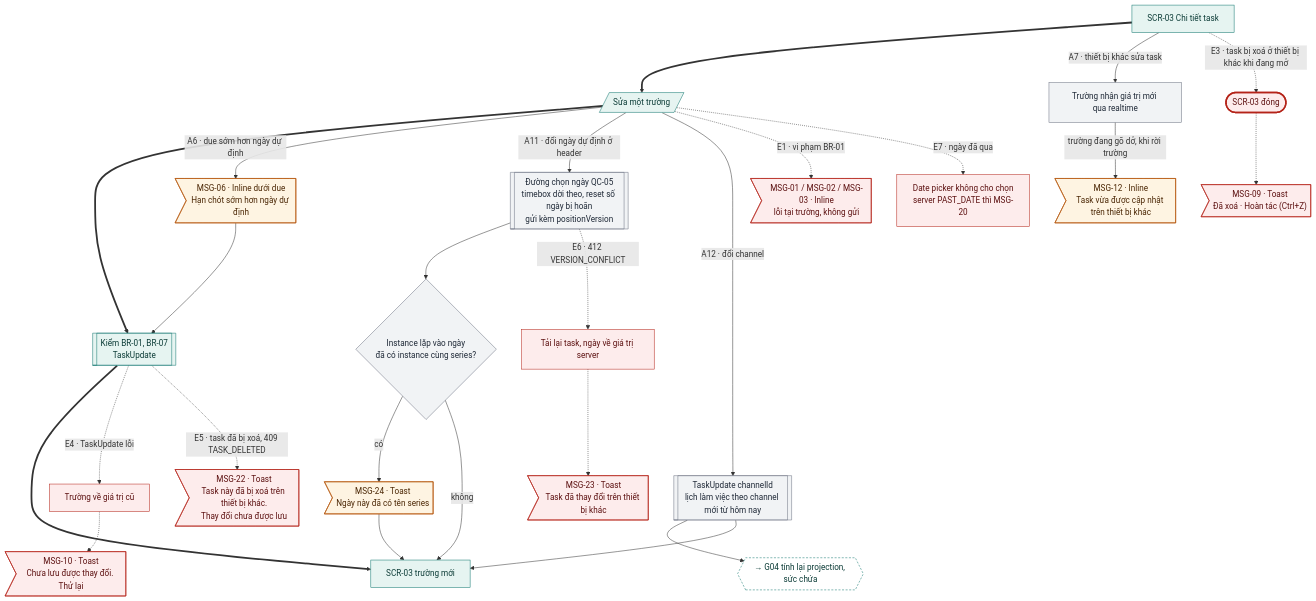
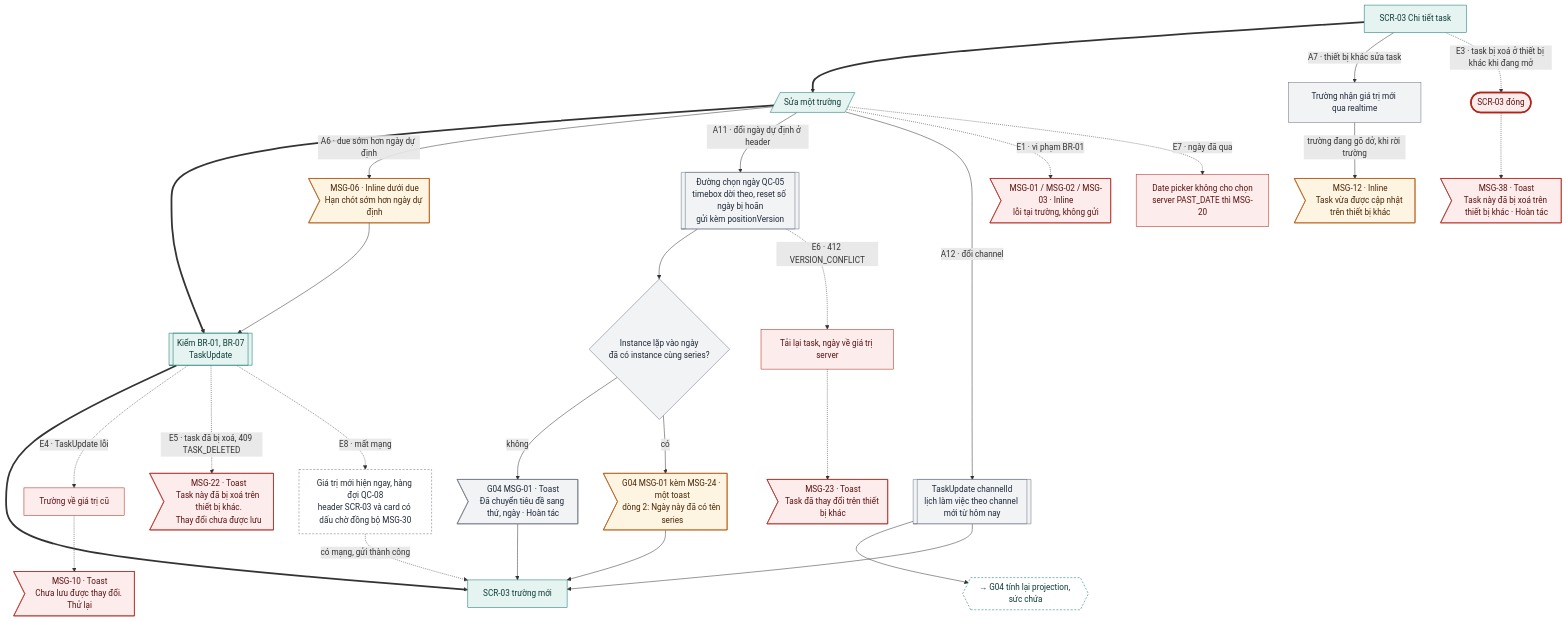
The sixth of 15 diagrams in docs/design-brief/flow/g02-quan-ly-task.md (tannguyenho/personal-app), drawn with Mermaid before and after one commit. The commit also changed other lines of this file and 9 other files, not shown here.

````diff
--- a/docs/design-brief/flow/g02-quan-ly-task.md
+++ b/docs/design-brief/flow/g02-quan-ly-task.md
@@ -250,47 +250,51 @@
 ```mermaid
 flowchart TD
   s1["SCR-03 Chi tiết task"]
   u2[/"Sửa một trường"/]
   p2[["Kiểm BR-01, BR-07<br/>TaskUpdate"]]
   s2["SCR-03 trường mới"]
   s1 ==> u2 ==> p2 ==> s2
 
   u2 -->|"A6 · due sớm hơn ngày dự định"| a6m>"MSG-06 · Inline dưới due<br/>Hạn chót sớm hơn ngày dự định"]
   a6m --> p2
   u2 -->|"A11 · đổi ngày dự định ở header"| a11[["Đường chọn ngày QC-05<br/>timebox dời theo, reset số ngày bị hoãn<br/>gửi kèm positionVersion"]]
   a11 --> d11{"Instance lặp vào ngày<br/>đã có instance cùng series?"}
-  d11 -->|"có"| a11m>"MSG-24 · Toast<br/>Ngày này đã có tên series"]
-  d11 -->|"không"| s2
+  d11 -->|"không"| a11t>"G04 MSG-01 · Toast<br/>Đã chuyển tiêu đề sang thứ, ngày · Hoàn tác"]
+  d11 -->|"có"| a11m>"G04 MSG-01 kèm MSG-24 · một toast<br/>dòng 2: Ngày này đã có tên series"]
+  a11t --> s2
   a11m --> s2
   u2 -->|"A12 · đổi channel"| a12[["TaskUpdate channelId<br/>lịch làm việc theo channel mới từ hôm nay"]]
   a12 --> a12x{{"→ G04 tính lại projection, sức chứa"}}
   a12 --> s2
   s1 -->|"A7 · thiết bị khác sửa task"| a7["Trường nhận giá trị mới qua realtime"]
   a7 -->|"trường đang gõ dở, khi rời trường"| a7m>"MSG-12 · Inline<br/>Task vừa được cập nhật trên thiết bị khác"]
 
   u2 -.->|"E1 · vi phạm BR-01"| e1m>"MSG-01 / MSG-02 / MSG-03 · Inline<br/>lỗi tại trường, không gửi"]
   u2 -.->|"E7 · ngày đã qua"| e7["Date picker không cho chọn<br/>server PAST_DATE thì MSG-20"]
   p2 -.->|"E4 · TaskUpdate lỗi"| e4["Trường về giá trị cũ"]
   e4 -.-> e4m>"MSG-10 · Toast<br/>Chưa lưu được thay đổi. Thử lại"]
   p2 -.->|"E5 · task đã bị xoá, 409 TASK_DELETED"| e5m>"MSG-22 · Toast<br/>Task này đã bị xoá trên thiết bị khác.<br/>Thay đổi chưa được lưu"]
   a11 -.->|"E6 · 412 VERSION_CONFLICT"| e6["Tải lại task, ngày về giá trị server"]
   e6 -.-> e6m>"MSG-23 · Toast<br/>Task đã thay đổi trên thiết bị khác"]
   s1 -.->|"E3 · task bị xoá ở thiết bị khác khi đang mở"| e3(["SCR-03 đóng"])
-  e3 -.-> e3m>"MSG-09 · Toast<br/>Đã xoá · Hoàn tác (Ctrl+Z)"]
+  e3 -.-> e3m>"MSG-38 · Toast<br/>Task này đã bị xoá trên thiết bị khác · Hoàn tác"]
+  p2 -.->|"E8 · mất mạng"| e8["Giá trị mới hiện ngay, hàng đợi QC-08<br/>header SCR-03 và card có dấu chờ đồng bộ MSG-30"]
+  e8 -.->|"có mạng, gửi thành công"| s2
 
   class s1,u2,p2,s2 happy
-  class a11,d11,a12,a7 alt
+  class a11,d11,a11t,a12,a7 alt
   class a6m,a11m,a7m warn
+  class e8 sync
   class a12x link
   class e1m,e7,e4,e4m,e5m,e6,e6m,e3m err
   class e3 fail
   classDef happy fill:#E6F4F1,stroke:#0F766E,color:#0B3B36
   classDef alt fill:#F1F3F5,stroke:#6B7280,color:#1F2937
   classDef err fill:#FDECEC,stroke:#B42318,color:#5C1010
   classDef warn fill:#FEF4E2,stroke:#B45309,color:#4A2604
   classDef ai fill:#F1ECFD,stroke:#6D28D9,color:#2E1065
   classDef sync fill:#FFFFFF,stroke:#6B7280,stroke-dasharray:4 3,color:#1F2937
   classDef link fill:#FFFFFF,stroke:#0F766E,stroke-dasharray:4 3,color:#0B3B36
   classDef done fill:#E6F4F1,stroke:#0F766E,stroke-width:3px,color:#0B3B36
   classDef fail fill:#FDECEC,stroke:#B42318,stroke-width:3px,color:#5C1010
 ```
````
